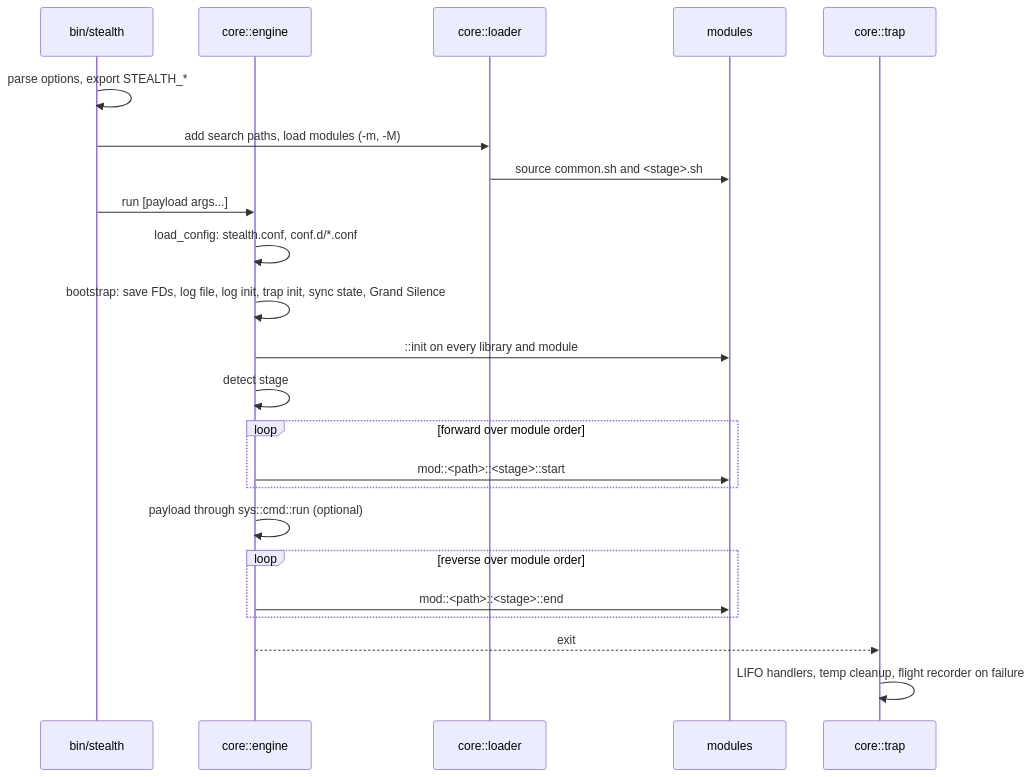
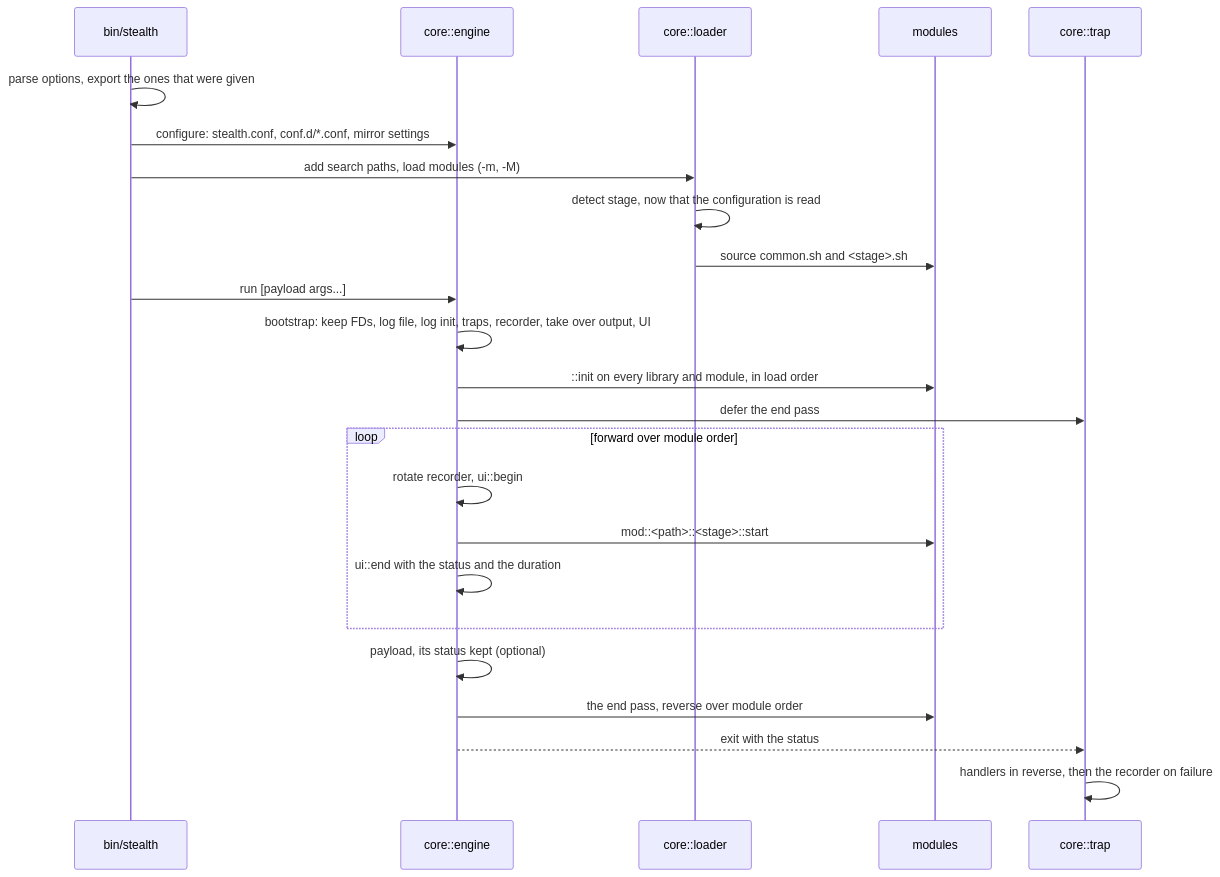
One commit to stealth-scale/stealthos-lib changed the third of 3 diagrams in docs/architecture.md. Above: the diagram before and after it, drawn with Mermaid. The commit also changed other lines of this file, not shown here.

First line of the commit message:
docs: describe the engine as it is now

````diff
--- a/docs/architecture.md
+++ b/docs/architecture.md
@@ -136,26 +141,27 @@
 ```mermaid
 sequenceDiagram
     participant Bin as bin/stealth
     participant Eng as core::engine
     participant Ldr as core::loader
     participant Mod as modules
     participant Trap as core::trap
 
-    Bin->>Bin: parse options, export STEALTH_*
+    Bin->>Bin: parse options, export the ones that were given
+    Bin->>Eng: configure: stealth.conf, conf.d/*.conf, mirror settings
     Bin->>Ldr: add search paths, load modules (-m, -M)
+    Ldr->>Ldr: detect stage, now that the configuration is read
     Ldr->>Mod: source common.sh and <stage>.sh
     Bin->>Eng: run [payload args...]
-    Eng->>Eng: load_config: stealth.conf, conf.d/*.conf
-    Eng->>Eng: bootstrap: save FDs, log file, log init, trap init, sync state, Grand Silence
-    Eng->>Mod: ::init on every library and module
-    Eng->>Eng: detect stage
+    Eng->>Eng: bootstrap: keep FDs, log file, log init, traps, recorder, take over output, UI
+    Eng->>Mod: ::init on every library and module, in load order
+    Eng->>Trap: defer the end pass
     loop forward over module order
+        Eng->>Eng: rotate recorder, ui::begin
         Eng->>Mod: mod::<path>::<stage>::start
+        Eng->>Eng: ui::end with the status and the duration
     end
-    Eng->>Eng: payload through sys::cmd::run (optional)
-    loop reverse over module order
-        Eng->>Mod: mod::<path>::<stage>::end
-    end
-    Eng-->>Trap: exit
-    Trap->>Trap: LIFO handlers, temp cleanup, flight recorder on failure
+    Eng->>Eng: payload, its status kept (optional)
+    Eng->>Mod: the end pass, reverse over module order
+    Eng-->>Trap: exit with the status
+    Trap->>Trap: handlers in reverse, then the recorder on failure
 ```
````
